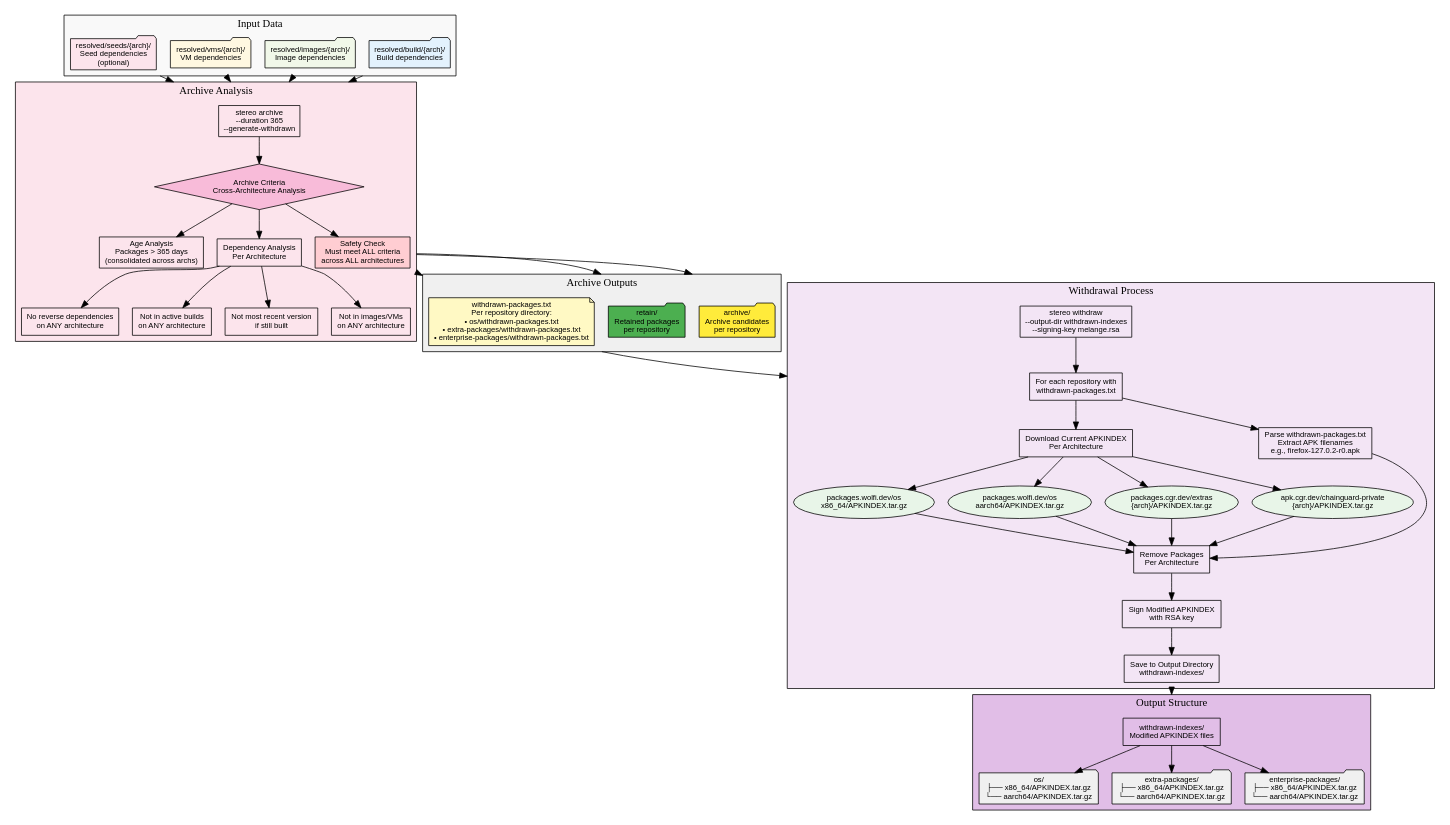
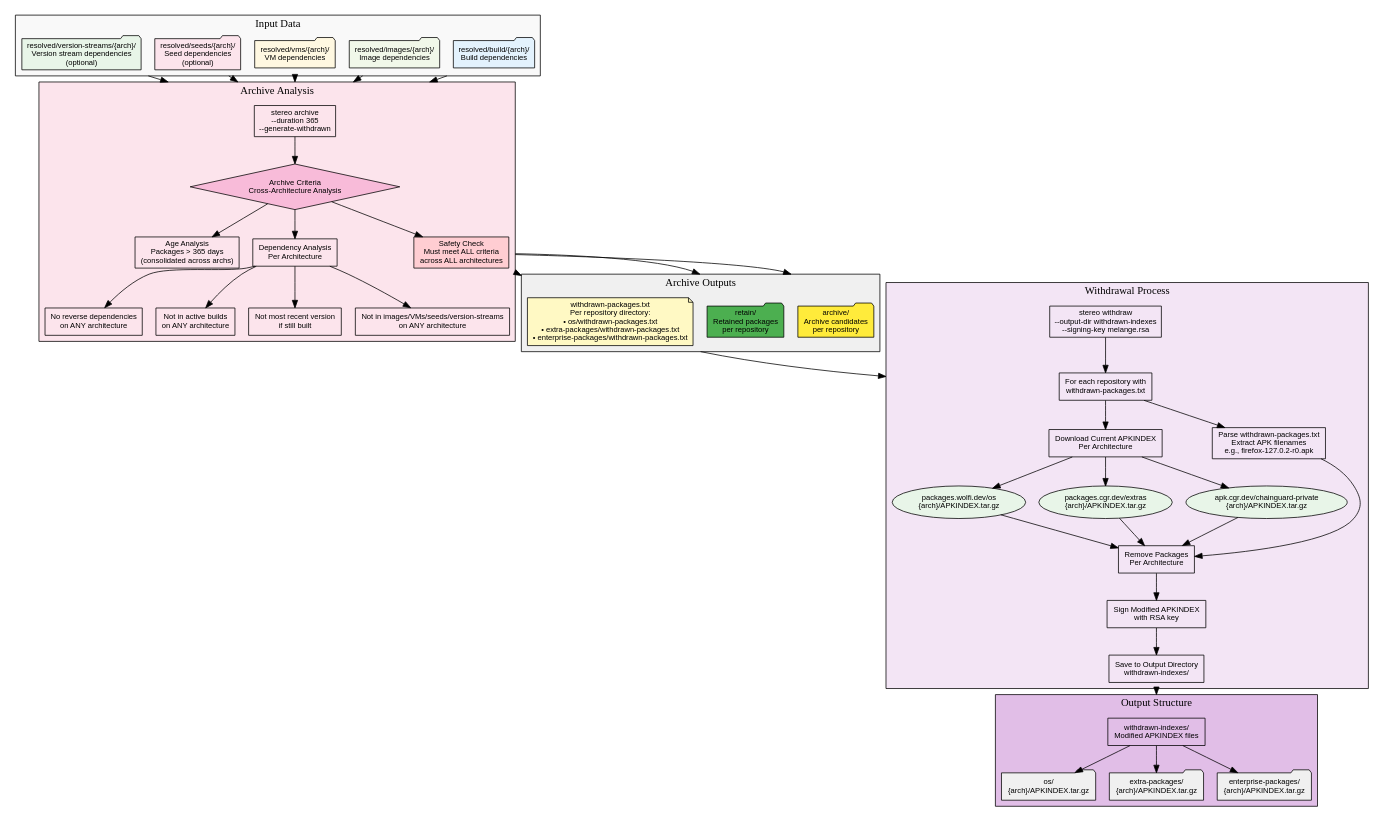
One commit to EyeCantCU/os changed the diagram in docs/diagrams/03-archive-withdrawal.md. Above: the diagram before and after it, drawn with Graphviz. The commit also changed other lines of this file and 3 other files, not shown here.

Commit message:
Misc updates to diagrams

```diff
--- a/docs/diagrams/03-archive-withdrawal.md
+++ b/docs/diagrams/03-archive-withdrawal.md
@@ -17,6 +17,7 @@
         I2 [label="resolved/images/{arch}/\nImage dependencies", shape=folder, fillcolor="#f1f8e9"];
         I3 [label="resolved/vms/{arch}/\nVM dependencies", shape=folder, fillcolor="#fff8e1"];
         I4 [label="resolved/seeds/{arch}/\nSeed dependencies\n(optional)", shape=folder, fillcolor="#fce4ec"];
+        I5 [label="resolved/version-streams/{arch}/\nVersion stream dependencies\n(optional)", shape=folder, fillcolor="#e8f5e8"];
     }
 
     // Archive Analysis cluster
@@ -35,7 +36,7 @@
         AA3A [label="No reverse dependencies\non ANY architecture", fillcolor="#fce4ec"];
         AA3B [label="Not in active builds\non ANY architecture", fillcolor="#fce4ec"];
         AA3C [label="Not most recent version\nif still built", fillcolor="#fce4ec"];
-        AA3D [label="Not in images/VMs\non ANY architecture", fillcolor="#fce4ec"];
+        AA3D [label="Not in images/VMs/seeds/version-streams\non ANY architecture", fillcolor="#fce4ec"];
 
         AA -> AA1;
         AA1 -> AA2;
@@ -73,21 +74,18 @@
         WP6 [label="Save to Output Directory\nwithdrawn-indexes/", fillcolor="#f3e5f5"];
 
         // Download sources
-        WP2A [label="packages.wolfi.dev/os\nx86_64/APKINDEX.tar.gz", shape=ellipse, fillcolor="#e8f5e8"];
-        WP2B [label="packages.wolfi.dev/os\naarch64/APKINDEX.tar.gz", shape=ellipse, fillcolor="#e8f5e8"];
-        WP2C [label="packages.cgr.dev/extras\n{arch}/APKINDEX.tar.gz", shape=ellipse, fillcolor="#e8f5e8"];
-        WP2D [label="apk.cgr.dev/chainguard-private\n{arch}/APKINDEX.tar.gz", shape=ellipse, fillcolor="#e8f5e8"];
+        WP2A [label="packages.wolfi.dev/os\n{arch}/APKINDEX.tar.gz", shape=ellipse, fillcolor="#e8f5e8"];
+        WP2B [label="packages.cgr.dev/extras\n{arch}/APKINDEX.tar.gz", shape=ellipse, fillcolor="#e8f5e8"];
+        WP2C [label="apk.cgr.dev/chainguard-private\n{arch}/APKINDEX.tar.gz", shape=ellipse, fillcolor="#e8f5e8"];
 
         WP -> WP1 -> WP2;
         WP1 -> WP3;
         WP2 -> WP2A;
         WP2 -> WP2B;
         WP2 -> WP2C;
-        WP2 -> WP2D;
         WP2A -> WP4;
         WP2B -> WP4;
         WP2C -> WP4;
-        WP2D -> WP4;
         WP3 -> WP4;
         WP4 -> WP5 -> WP6;
     }
@@ -99,9 +97,9 @@
         fillcolor="#e1bee7";
 
         WOS [label="withdrawn-indexes/\nModified APKINDEX files", fillcolor="#e1bee7"];
-        WOS1 [label="os/\n├── x86_64/APKINDEX.tar.gz\n└── aarch64/APKINDEX.tar.gz", shape=folder, fillcolor="#f0f0f0"];
-        WOS2 [label="extra-packages/\n├── x86_64/APKINDEX.tar.gz\n└── aarch64/APKINDEX.tar.gz", shape=folder, fillcolor="#f0f0f0"];
-        WOS3 [label="enterprise-packages/\n├── x86_64/APKINDEX.tar.gz\n└── aarch64/APKINDEX.tar.gz", shape=folder, fillcolor="#f0f0f0"];
+        WOS1 [label="os/\n{arch}/APKINDEX.tar.gz", shape=folder, fillcolor="#f0f0f0"];
+        WOS2 [label="extra-packages/\n{arch}/APKINDEX.tar.gz", shape=folder, fillcolor="#f0f0f0"];
+        WOS3 [label="enterprise-packages/\n{arch}/APKINDEX.tar.gz", shape=folder, fillcolor="#f0f0f0"];
 
         WOS -> WOS1;
         WOS -> WOS2;
@@ -113,6 +111,7 @@
     I2 -> AA [ltail=cluster_input, lhead=cluster_analysis];
     I3 -> AA [ltail=cluster_input, lhead=cluster_analysis];
     I4 -> AA [ltail=cluster_input, lhead=cluster_analysis];
+    I5 -> AA [ltail=cluster_input, lhead=cluster_analysis];
 
     AA4 -> AO1 [ltail=cluster_analysis, lhead=cluster_outputs];
     AA4 -> AO2 [ltail=cluster_analysis, lhead=cluster_outputs];
```
